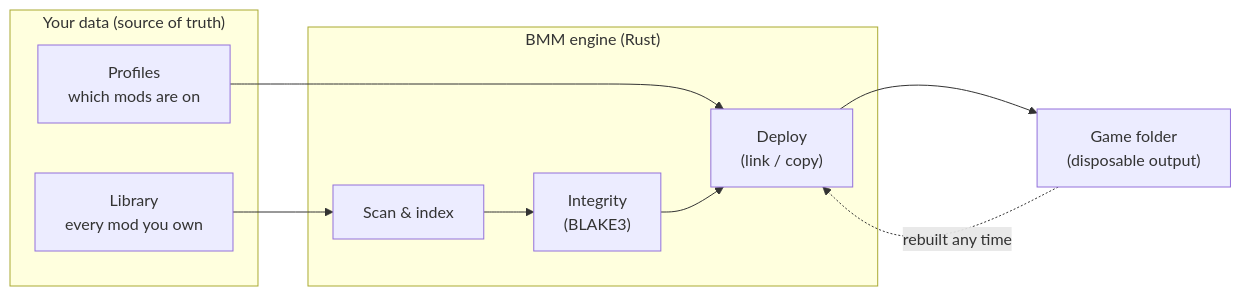
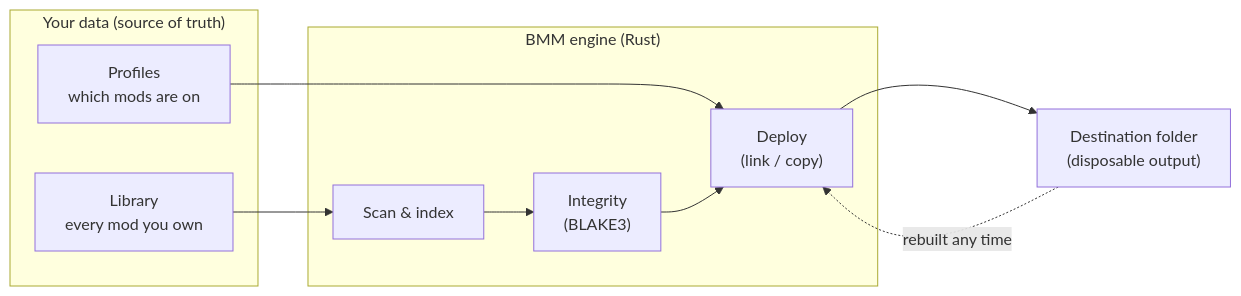
Before and after one commit to FreeProject089/BetterModsManager: the diagram in frontend/assets/docs/en/how-it-works/index.md, drawn with Mermaid. The commit also changed other lines of this file and 37 other files, not shown here.

````diff
--- a/frontend/assets/docs/en/how-it-works/index.md
+++ b/frontend/assets/docs/en/how-it-works/index.md
@@ -17,18 +17,18 @@
 ```mermaid
 flowchart LR
     subgraph Yours["Your data (source of truth)"]
         LIB["Library<br/>every mod you own"]
         PROF["Profiles<br/>which mods are on"]
     end
     subgraph Engine["BMM engine (Rust)"]
         SCAN["Scan &amp; index"]
         HASH["Integrity<br/>(BLAKE3)"]
         DEPLOY["Deploy<br/>(link / copy)"]
     end
-    GAME["Game folder<br/>(disposable output)"]
+    GAME["Destination folder<br/>(disposable output)"]
 
     LIB --> SCAN --> HASH
     PROF --> DEPLOY
     HASH --> DEPLOY --> GAME
     GAME -. "rebuilt any time" .-> DEPLOY
 ```
````
